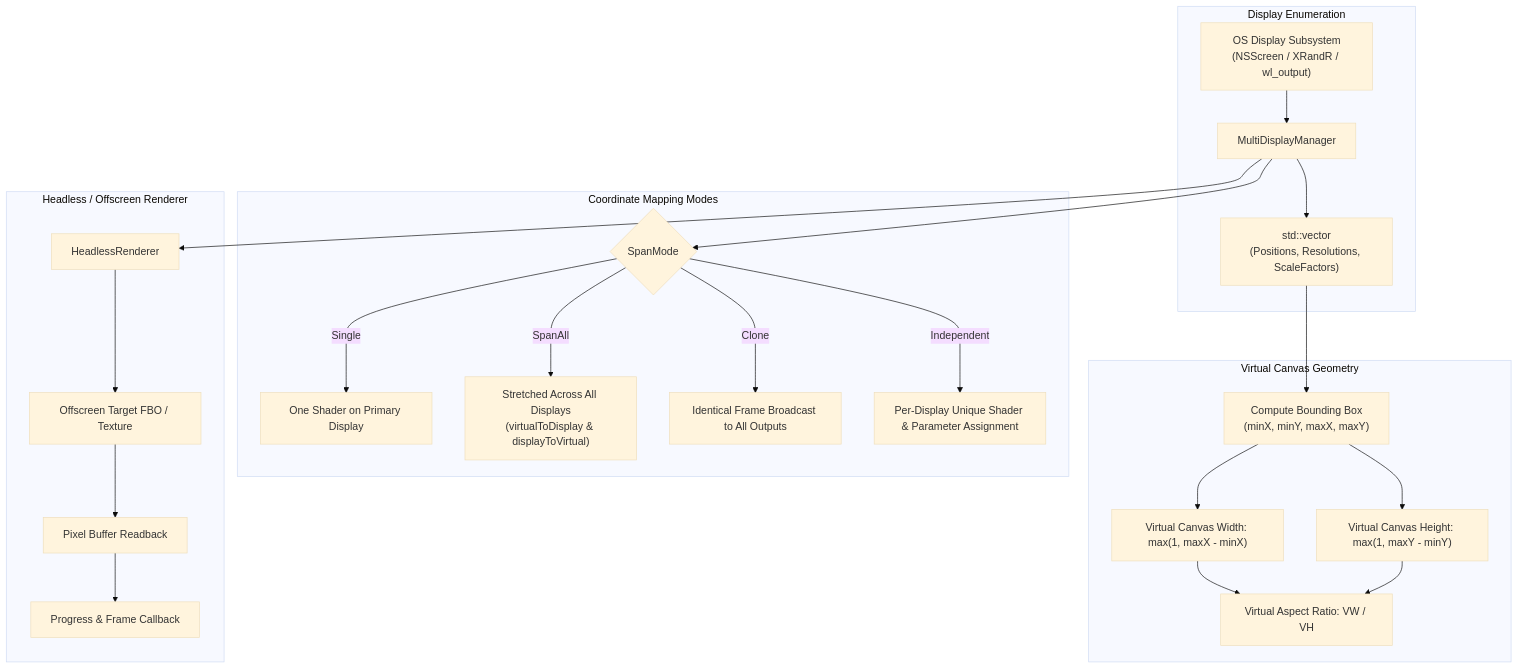
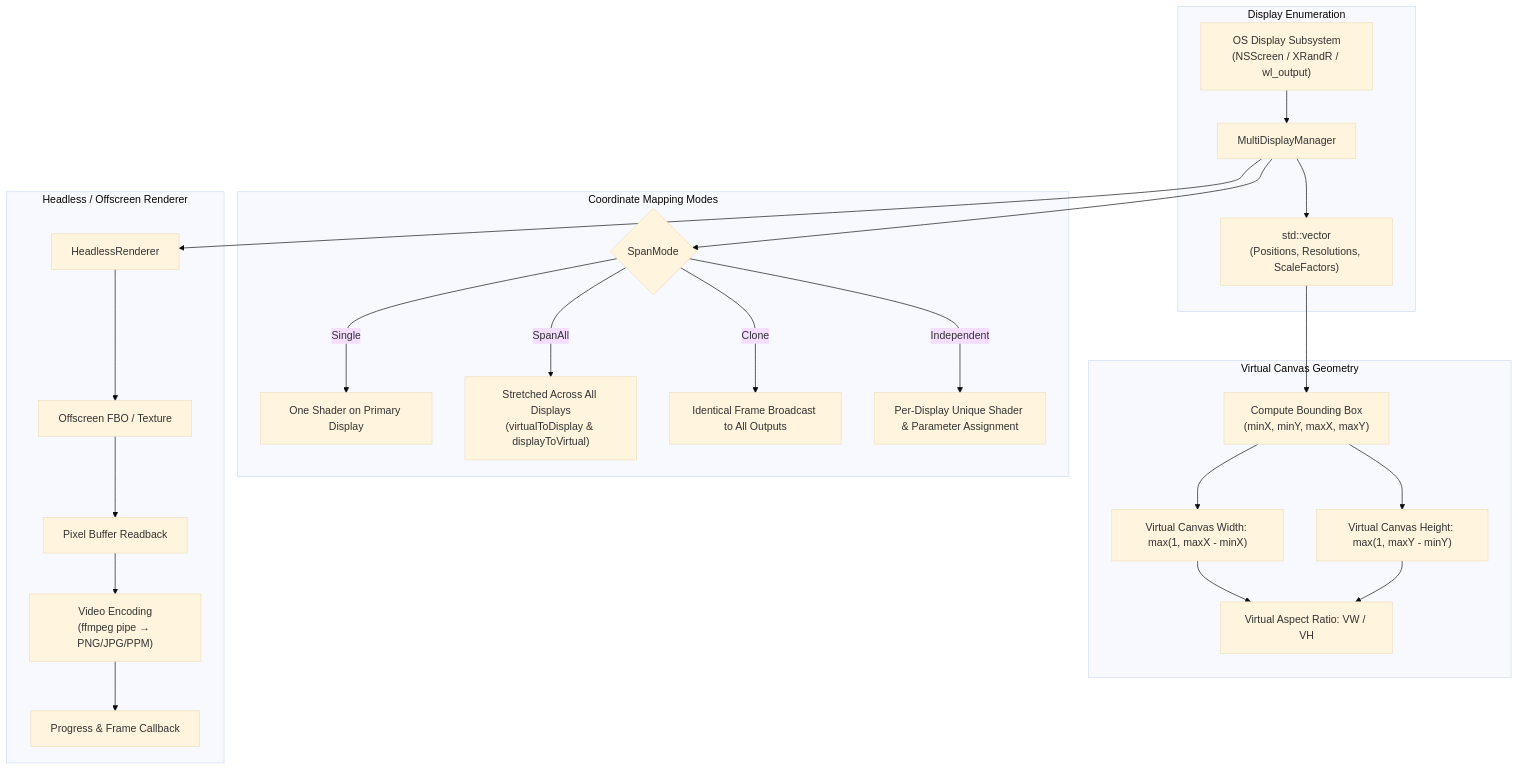
One commit to 23skdu/ShaderCandy changed the third of 12 diagrams in docs/ArchitectureDiagrams.md. Above: the diagram before and after it, drawn with Mermaid (base theme). The commit also changed other lines of this file and 11 other files, not shown here.

````diff
--- a/docs/ArchitectureDiagrams.md
+++ b/docs/ArchitectureDiagrams.md
@@ -69,29 +90,30 @@
 ```mermaid
 flowchart TD
     subgraph "Display Enumeration"
         OS["OS Display Subsystem\n(NSScreen / XRandR / wl_output)"] --> MDM[MultiDisplayManager]
         MDM --> DList["std::vector<DisplayInfo>\n(Positions, Resolutions, ScaleFactors)"]
     end
 
     subgraph "Virtual Canvas Geometry"
         DList --> BB["Compute Bounding Box\n(minX, minY, maxX, maxY)"]
         BB --> VW["Virtual Canvas Width: max(1, maxX - minX)"]
         BB --> VH["Virtual Canvas Height: max(1, maxY - minY)"]
         VW & VH --> AR["Virtual Aspect Ratio: VW / VH"]
     end
 
     subgraph "Coordinate Mapping Modes"
         MDM --> SM{SpanMode}
         SM -->|Single| S1["One Shader on Primary Display"]
         SM -->|SpanAll| S2["Stretched Across All Displays\n(virtualToDisplay & displayToVirtual)"]
         SM -->|Clone| S3["Identical Frame Broadcast to All Outputs"]
         SM -->|Independent| S4["Per-Display Unique Shader & Parameter Assignment"]
     end
 
     subgraph "Headless / Offscreen Renderer"
         MDM --> HR[HeadlessRenderer]
-        HR --> FBO[Offscreen Target FBO / Texture]
+        HR --> FBO[Offscreen FBO / Texture]
         FBO --> PBO[Pixel Buffer Readback]
-        PBO --> CB[Progress & Frame Callback]
+        PBO --> Enc["Video Encoding\n(ffmpeg pipe → PNG/JPG/PPM)"]
+        Enc --> CB[Progress & Frame Callback]
     end
 ```
````
